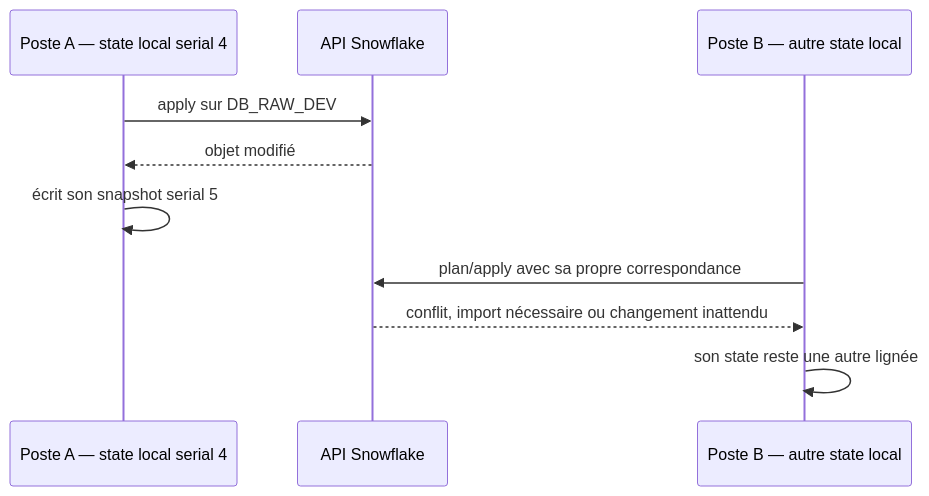
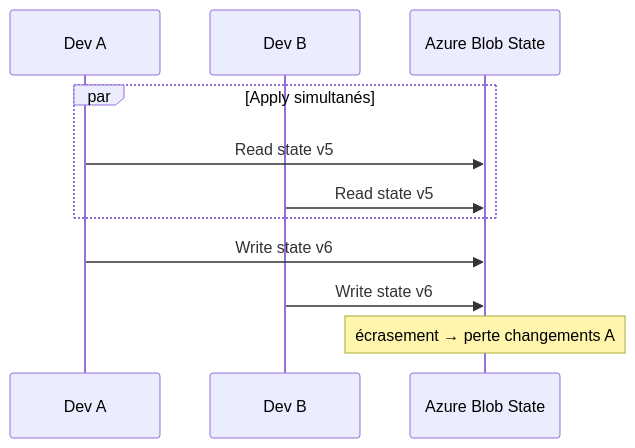
Before and after one commit to msellamiTN/Snowflake-terraform: the fifth of 5 diagrams in courses/day-01/module-02-state-management/course.md, drawn with Mermaid. The commit also changed other lines of this file and 14 other files, not shown here.

````diff
--- a/courses/day-01/module-02-state-management/course.md
+++ b/courses/day-01/module-02-state-management/course.md
@@ -158,13 +182,14 @@
 ```mermaid
 sequenceDiagram
-    participant A as Poste A — state local serial 4
-    participant API as API Snowflake
-    participant B as Poste B — autre state local
+    participant A as Dev A
+    participant B as Dev B
+    participant Blob as Azure Blob State
 
-    A->>API: apply sur DB_RAW_DEV
-    API-->>A: objet modifié
-    A->>A: écrit son snapshot serial 5
-    B->>API: plan/apply avec sa propre correspondance
-    API-->>B: conflit, import nécessaire ou changement inattendu
-    B->>B: son state reste une autre lignée
+    par Apply simultanés
+        A->>Blob: Read state v5
+        B->>Blob: Read state v5
+    end
+    A->>Blob: Write state v6
+    B->>Blob: Write state v6
+    Note over Blob: écrasement → perte changements A
 ```
````
